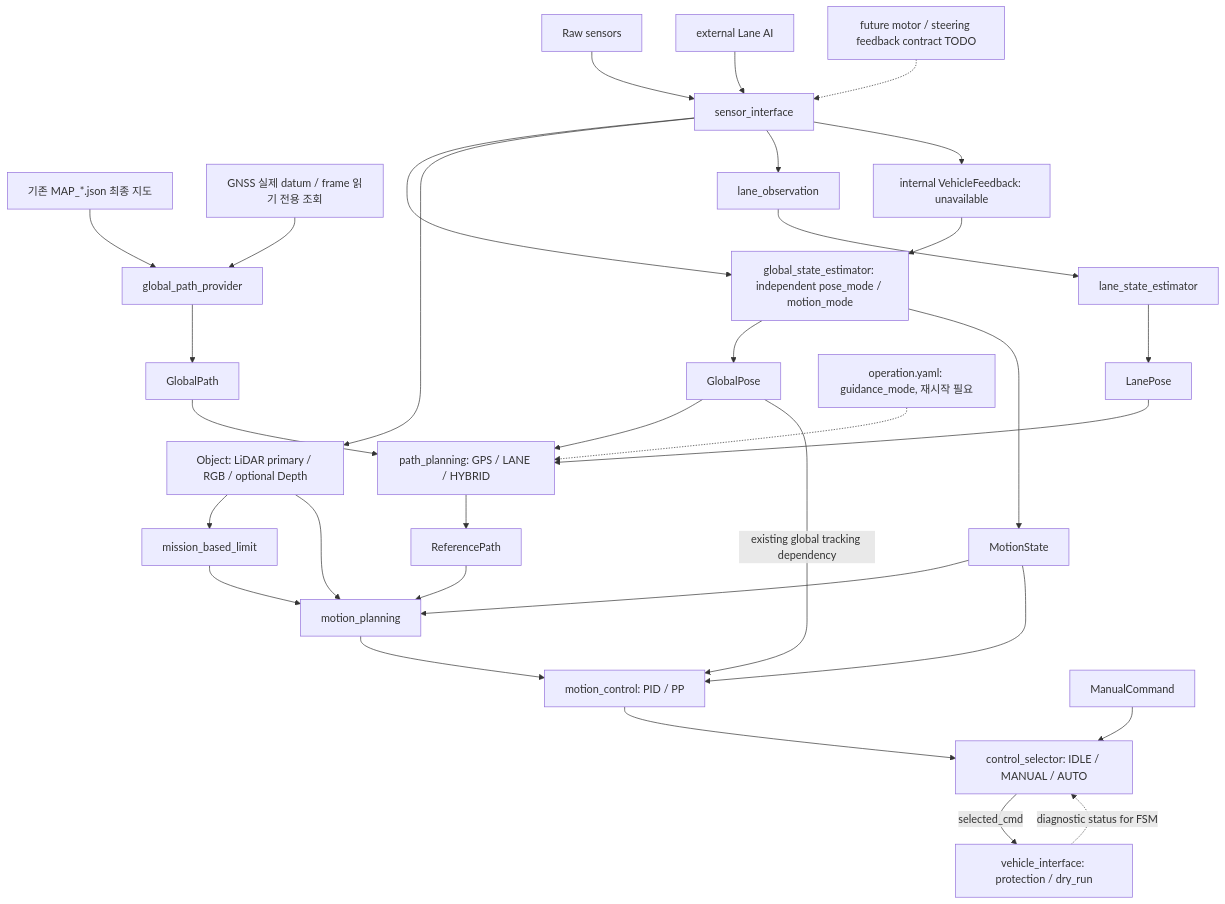
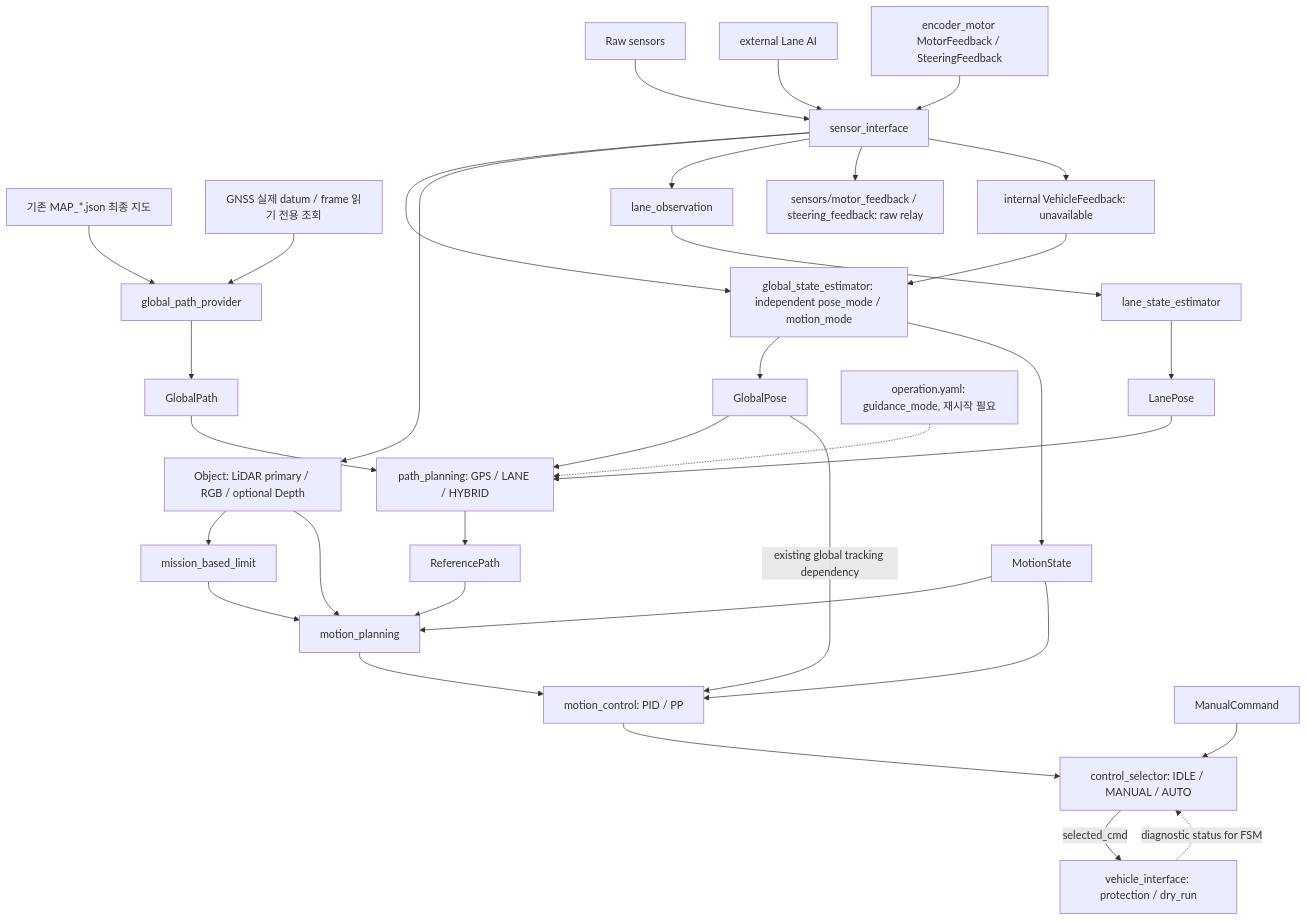
One commit to planta223/control_manager changed the second of 4 diagrams in doc/guidance_modes.md. Above: the diagram before and after it, drawn with Mermaid. The commit also changed other lines of this file and 13 other files, not shown here.

Commit message:
sensor_interface 구독토픽 추가 (motor, steering)

````diff
--- a/doc/guidance_modes.md
+++ b/doc/guidance_modes.md
@@ -38,35 +38,36 @@
 ```mermaid
 flowchart TD
   S[Raw sensors] --> SI[sensor_interface]
   SI --> E[global_state_estimator: independent pose_mode / motion_mode]
   E --> GP[GlobalPose]
   E --> MS[MotionState]
   SI --> O[Object: LiDAR primary / RGB / optional Depth]
   GP --> P[path_planning: GPS / LANE / HYBRID]
   G[GlobalPath] --> P
   F[기존 MAP_*.json 최종 지도] --> FP[global_path_provider]
   D[GNSS 실제 datum / frame 읽기 전용 조회] --> FP
   FP --> G
   L[external Lane AI] --> SI
   SI --> LO[lane_observation]
   LO --> LE[lane_state_estimator]
   LE --> LS[LanePose]
   LS --> P
-  FB[future motor / steering feedback contract TODO] -.-> SI
+  FB[encoder_motor MotorFeedback / SteeringFeedback] --> SI
+  SI --> RF[sensors/motor_feedback / steering_feedback: raw relay]
   SI --> VF[internal VehicleFeedback: unavailable]
   VF --> E
   QG[operation.yaml: guidance_mode, 재시작 필요] -.-> P
   P --> RP[ReferencePath]
   RP --> MP[motion_planning]
   MS --> MP
   O --> M[mission_based_limit]
   O --> MP
   M --> MP
   MP --> MC[motion_control: PID / PP]
   MS --> MC
   GP -->|existing global tracking dependency| MC
   MC --> CM[control_selector: IDLE / MANUAL / AUTO]
   U[ManualCommand] --> CM
   CM -->|selected_cmd| VI[vehicle_interface: protection / dry_run]
   VI -.->|diagnostic status for FSM| CM
 ```
````
